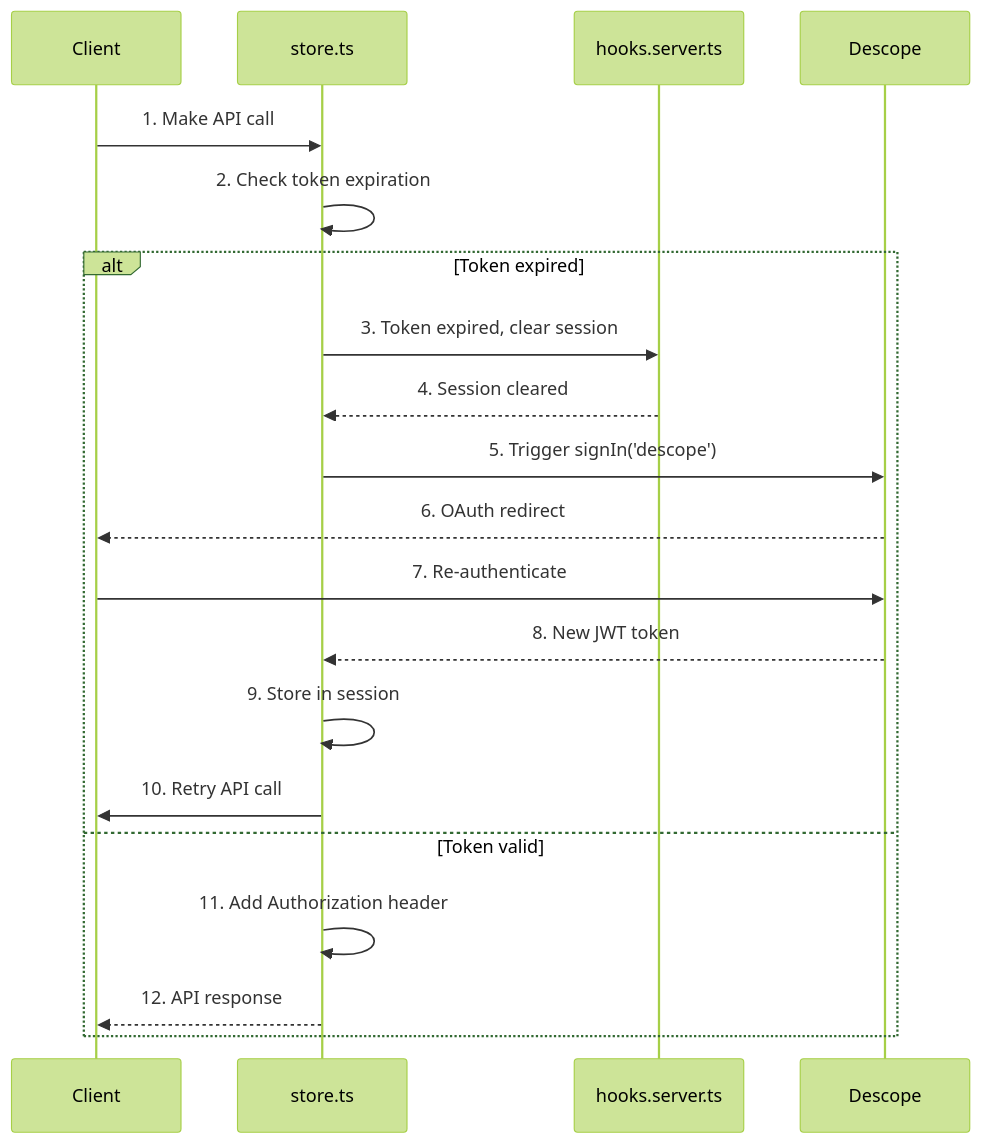
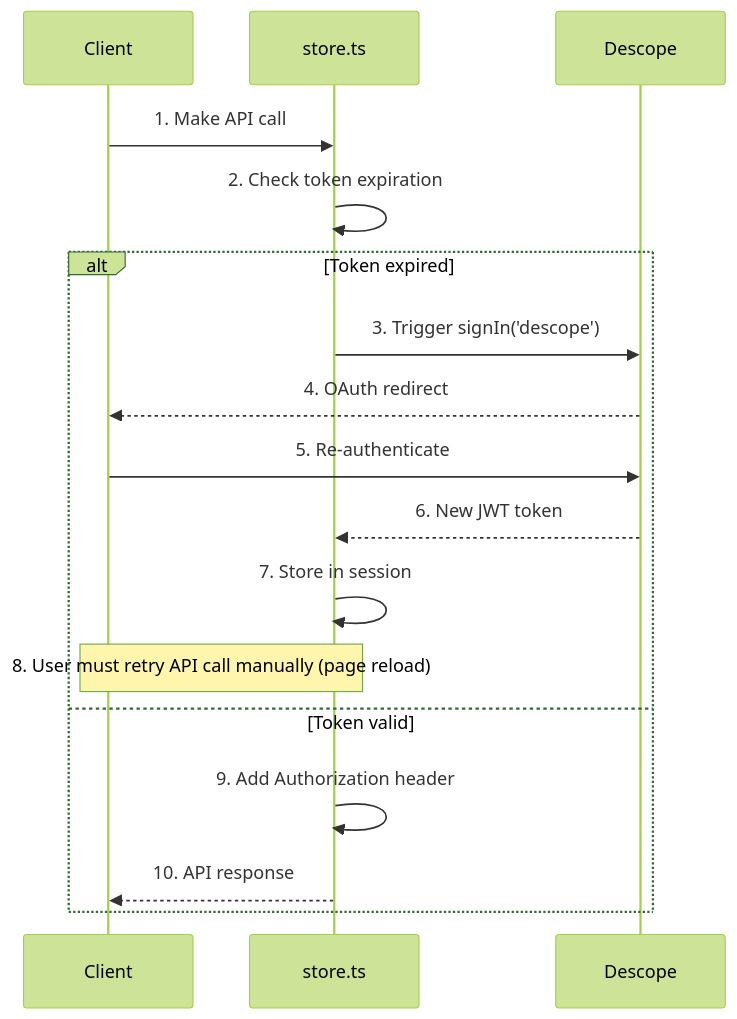
One commit to AtomiCloud/sulfone.argon changed the second of 2 diagrams in docs/developer/features/02-token-refresh.md. Above: the diagram before and after it, drawn with Mermaid (forest theme). The commit also changed other lines of this file and 9 other files, not shown here.

````diff
--- a/docs/developer/features/02-token-refresh.md
+++ b/docs/developer/features/02-token-refresh.md
@@ -34,23 +34,20 @@
 ```mermaid
 sequenceDiagram
     participant C as Client
     participant S as store.ts
-    participant H as hooks.server.ts
     participant D as Descope
 
     C->>S: 1. Make API call
     S->>S: 2. Check token expiration
     alt Token expired
-        S->>H: 3. Token expired, clear session
-        H-->>S: 4. Session cleared
-        S->>D: 5. Trigger signIn('descope')
-        D-->>C: 6. OAuth redirect
-        C->>D: 7. Re-authenticate
-        D-->>S: 8. New JWT token
-        S->>S: 9. Store in session
-        S->>C: 10. Retry API call
+        S->>D: 3. Trigger signIn('descope')
+        D-->>C: 4. OAuth redirect
+        C->>D: 5. Re-authenticate
+        D-->>S: 6. New JWT token
+        S->>S: 7. Store in session
+        Note over S,C: 8. User must retry API call manually (page reload)
     else Token valid
-        S->>S: 11. Add Authorization header
-        S-->>C: 12. API response
+        S->>S: 9. Add Authorization header
+        S-->>C: 10. API response
     end
 ```
````
